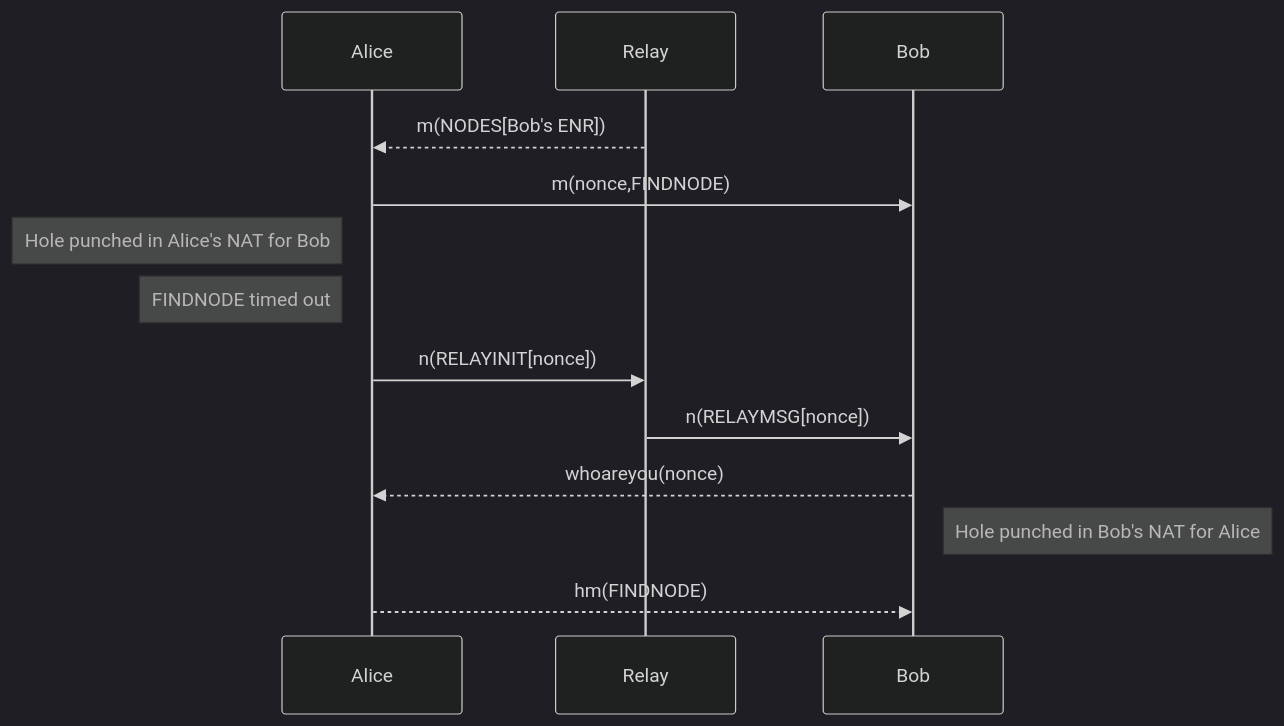
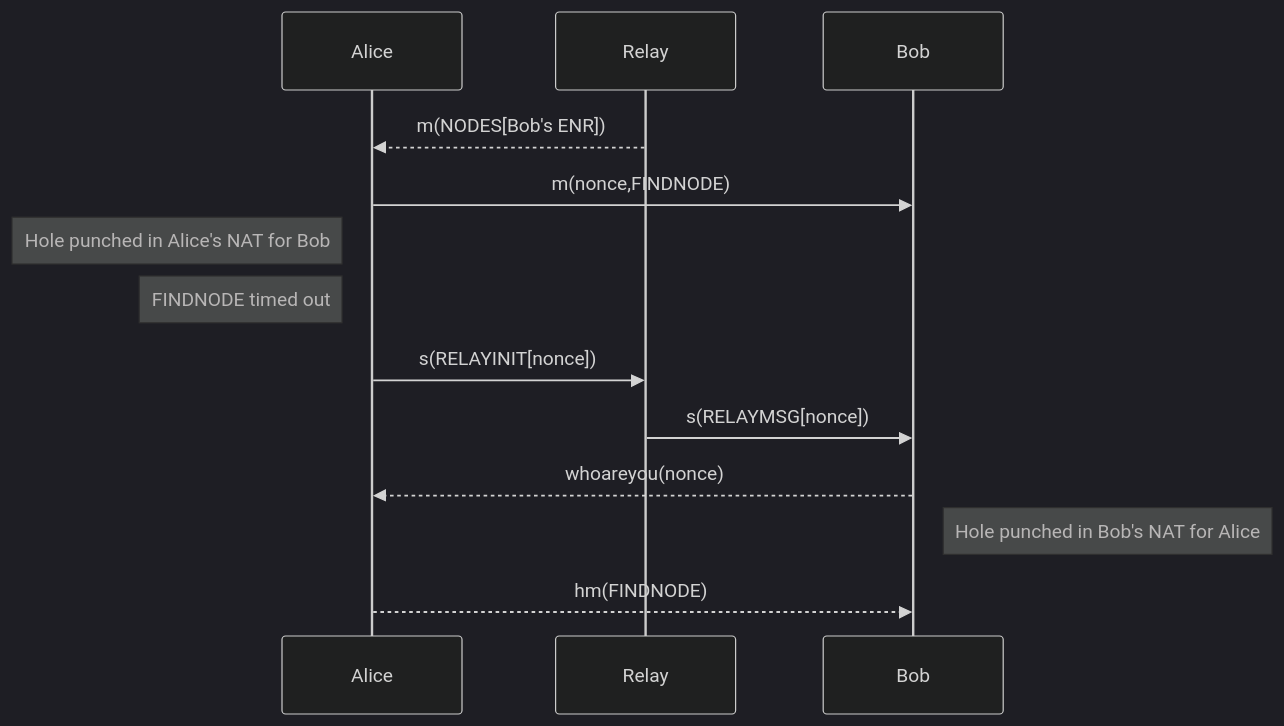
One commit to ethereum/devp2p changed the diagram in discv5/discv5-theory.md. Above: the diagram before and after it, drawn with Mermaid (dark theme). The commit also changed other lines of this file, not shown here.

````diff
--- a/discv5/discv5-theory.md
+++ b/discv5/discv5-theory.md
@@ -348,16 +349,16 @@
 ```mermaid
     sequenceDiagram
         participant Alice
         participant Relay
         participant Bob
 
         Relay-->>Alice: m(NODES[Bob's ENR])
         Alice->>Bob: m(nonce,FINDNODE)
         Note left of Alice:Hole punched in Alice's NAT for Bob
         Note left of Alice:FINDNODE timed out
-        Alice->>Relay: n(RELAYINIT[nonce])
-        Relay->>Bob:n(RELAYMSG[nonce])
+        Alice->>Relay: s(RELAYINIT[nonce])
+        Relay->>Bob: s(RELAYMSG[nonce])
         Bob-->>Alice: whoareyou(nonce)
         Note right of Bob: Hole punched in Bob's NAT for Alice
         Alice-->>Bob: hm(FINDNODE)
 ```
````
